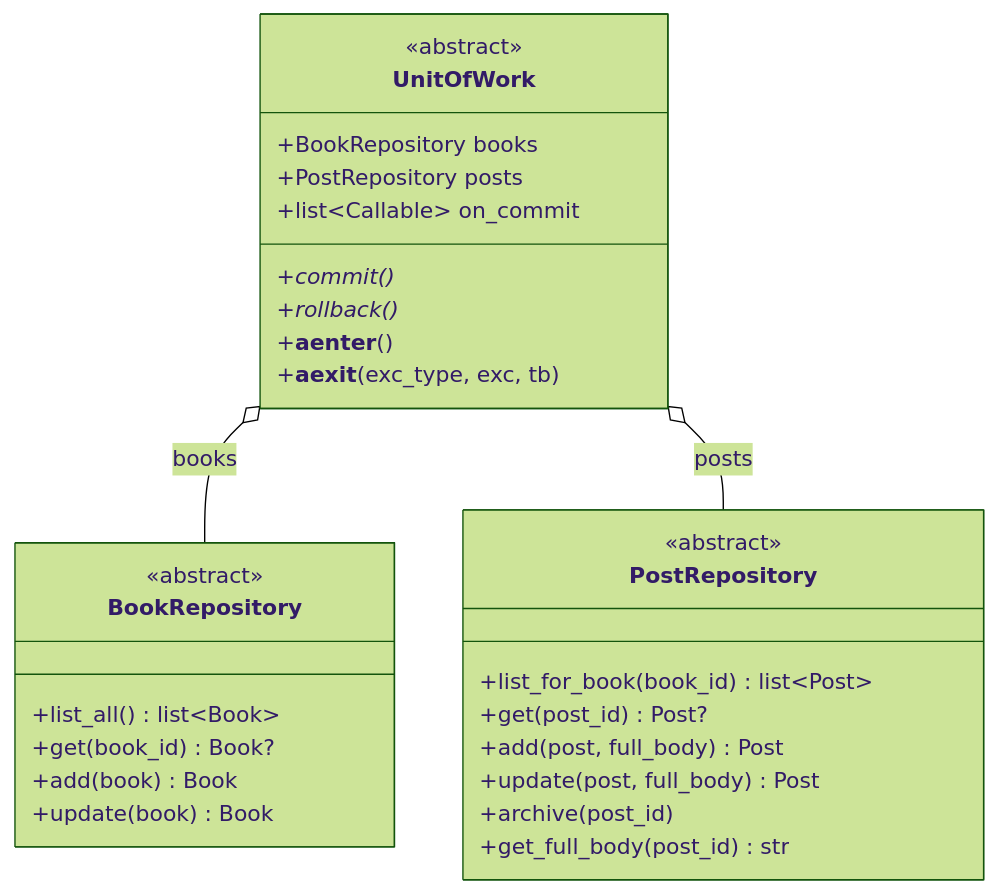
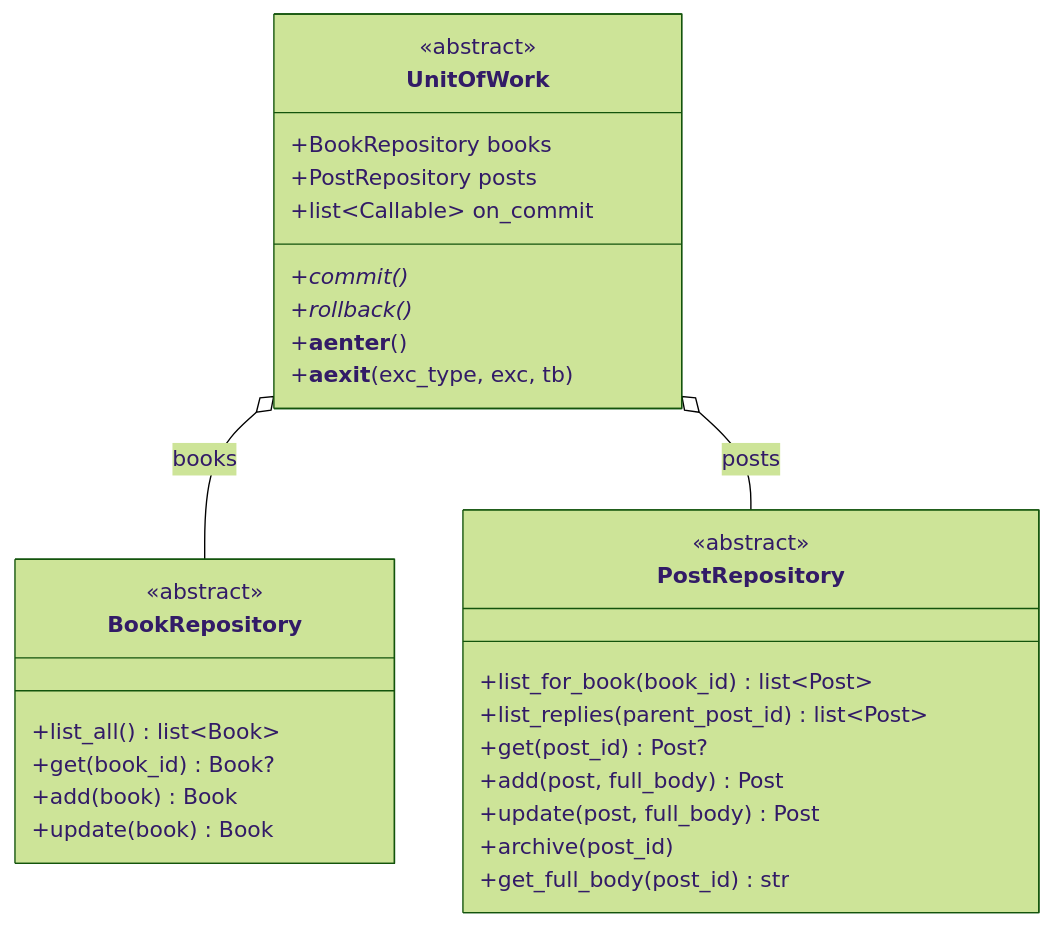
One commit to RohanRajendra/book-club-mini changed the fourth of 10 diagrams in docs/architecture.md. Above: the diagram before and after it, drawn with Mermaid (forest theme). The commit also changed 11 other files, not shown here.

````diff
--- a/docs/architecture.md
+++ b/docs/architecture.md
@@ -196,32 +196,33 @@
 ```mermaid
 classDiagram
     class UnitOfWork {
         <<abstract>>
         +BookRepository books
         +PostRepository posts
         +list~Callable~ on_commit
         +commit()*
         +rollback()*
         +__aenter__()
         +__aexit__(exc_type, exc, tb)
     }
     class BookRepository {
         <<abstract>>
         +list_all() list~Book~
         +get(book_id) Book?
         +add(book) Book
         +update(book) Book
     }
     class PostRepository {
         <<abstract>>
         +list_for_book(book_id) list~Post~
+        +list_replies(parent_post_id) list~Post~
         +get(post_id) Post?
         +add(post, full_body) Post
         +update(post, full_body) Post
         +archive(post_id)
         +get_full_body(post_id) str
     }
 
     UnitOfWork o-- BookRepository : books
     UnitOfWork o-- PostRepository : posts
 ```
````
